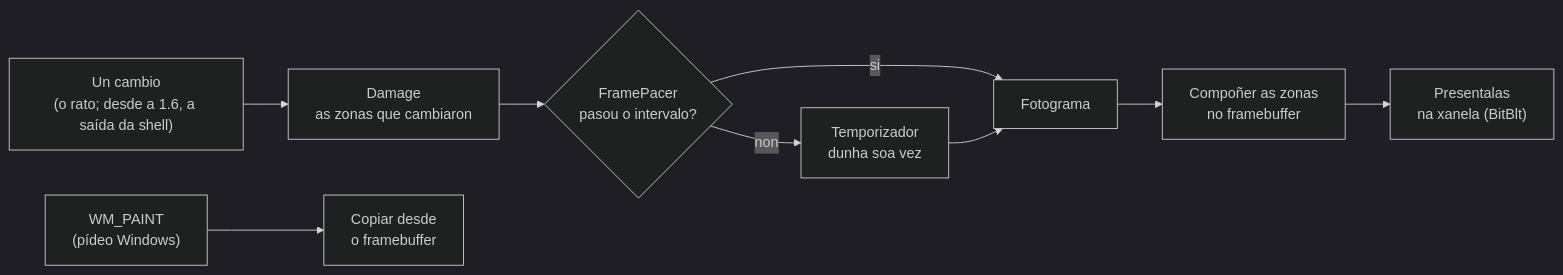
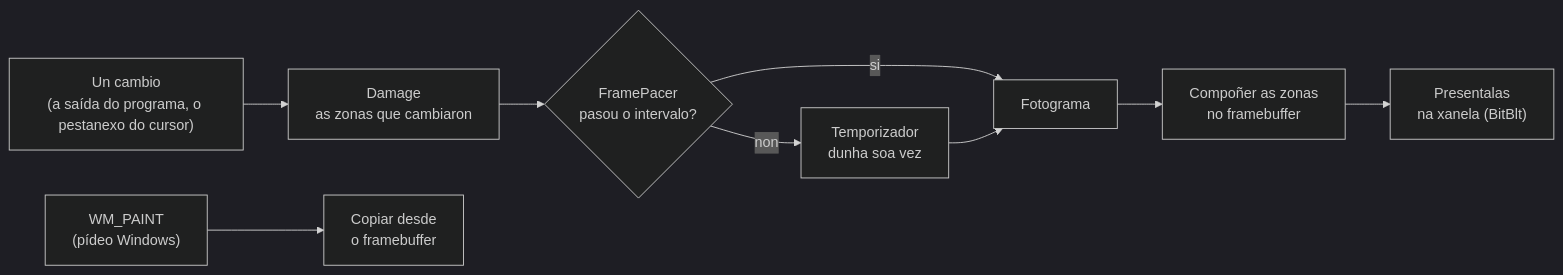
Before and after one commit to NewHouses/meiga: the sixth of 10 diagrams in docs/arquitectura.md, drawn with Mermaid (dark theme). The commit also changed other lines of this file and 52 other files, not shown here.

````diff
--- a/docs/arquitectura.md
+++ b/docs/arquitectura.md
@@ -136,11 +168,11 @@
 ```mermaid
 flowchart LR
-    ev["Un cambio<br/>(o rato; desde a 1.6, a saída da shell)"] --> dmg["Damage<br/>as zonas que cambiaron"]
+    ev["Un cambio<br/>(a saída do programa, o pestanexo do cursor)"] --> dmg["Damage<br/>as zonas que cambiaron"]
     dmg --> pacer{"FramePacer<br/>pasou o intervalo?"}
     pacer -- "si" --> frame["Fotograma"]
     pacer -- "non" --> timer["Temporizador<br/>dunha soa vez"]
     timer --> frame
     frame --> comp["Compoñer as zonas<br/>no framebuffer"]
     comp --> pres["Presentalas<br/>na xanela (BitBlt)"]
     paint["WM_PAINT<br/>(pídeo Windows)"] --> copy["Copiar desde<br/>o framebuffer"]
 ```
````
